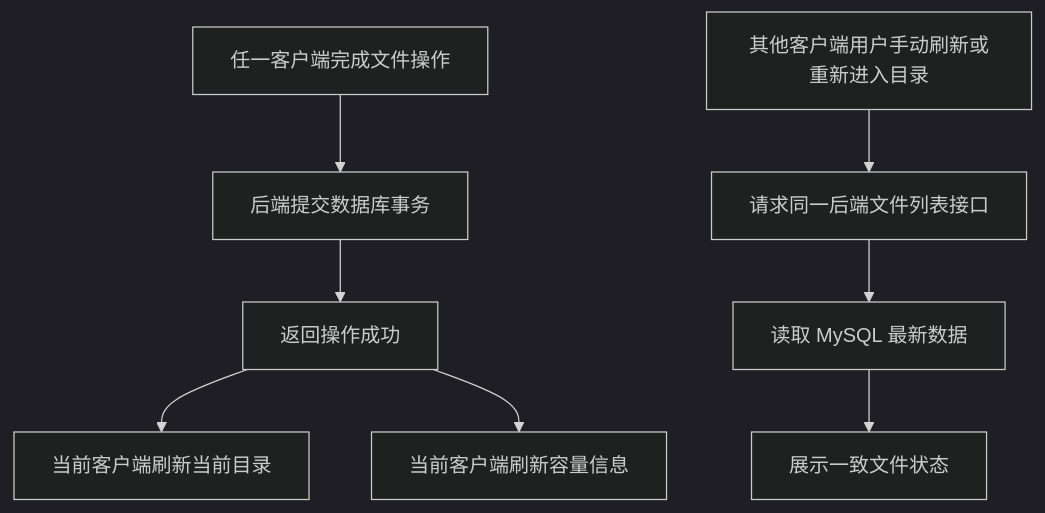
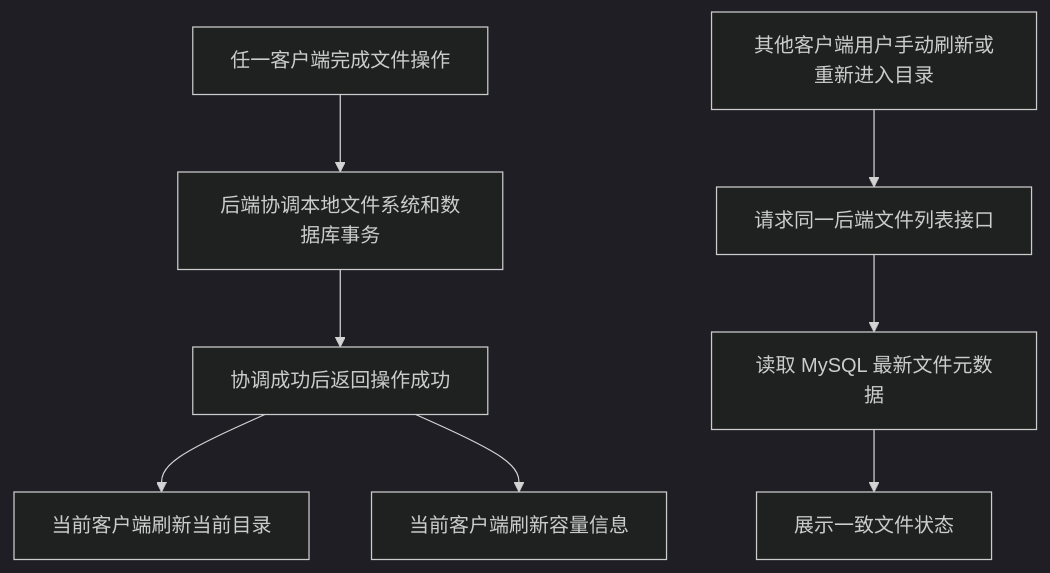
One commit to CNGM222/mycloud changed diagram 34 of 35 in 详细设计-流程图与类图.md. Above: the diagram before and after it, drawn with Mermaid (dark theme). The commit also changed other lines of this file and 56 other files, not shown here.

````diff
--- a/详细设计-流程图与类图.md
+++ b/详细设计-流程图与类图.md
@@ -918,10 +935,10 @@
 ```mermaid
 flowchart TD
-    A[任一客户端完成文件操作] --> B[后端提交数据库事务]
-    B --> C[返回操作成功]
+    A[任一客户端完成文件操作] --> B[后端协调本地文件系统和数据库事务]
+    B --> C[协调成功后返回操作成功]
     C --> D[当前客户端刷新当前目录]
     C --> E[当前客户端刷新容量信息]
     F[其他客户端用户手动刷新或重新进入目录] --> G[请求同一后端文件列表接口]
-    G --> H[读取 MySQL 最新数据]
+    G --> H[读取 MySQL 最新文件元数据]
     H --> I[展示一致文件状态]
 ```
````
